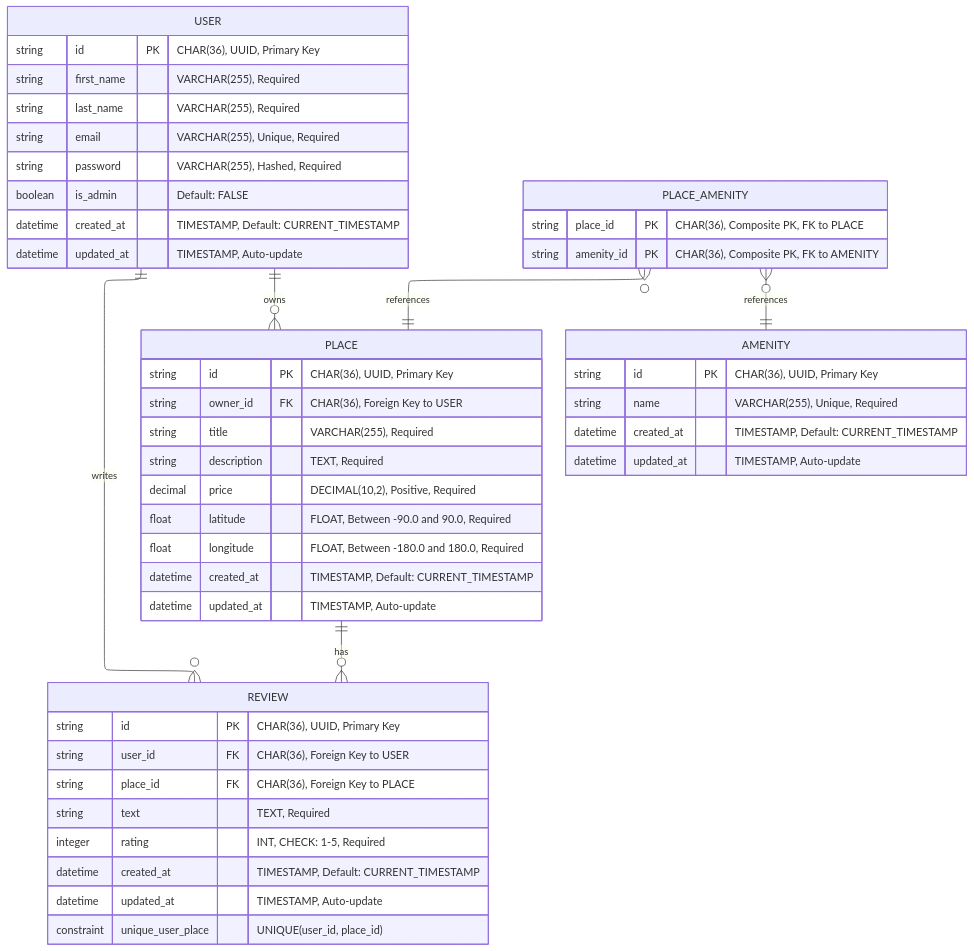
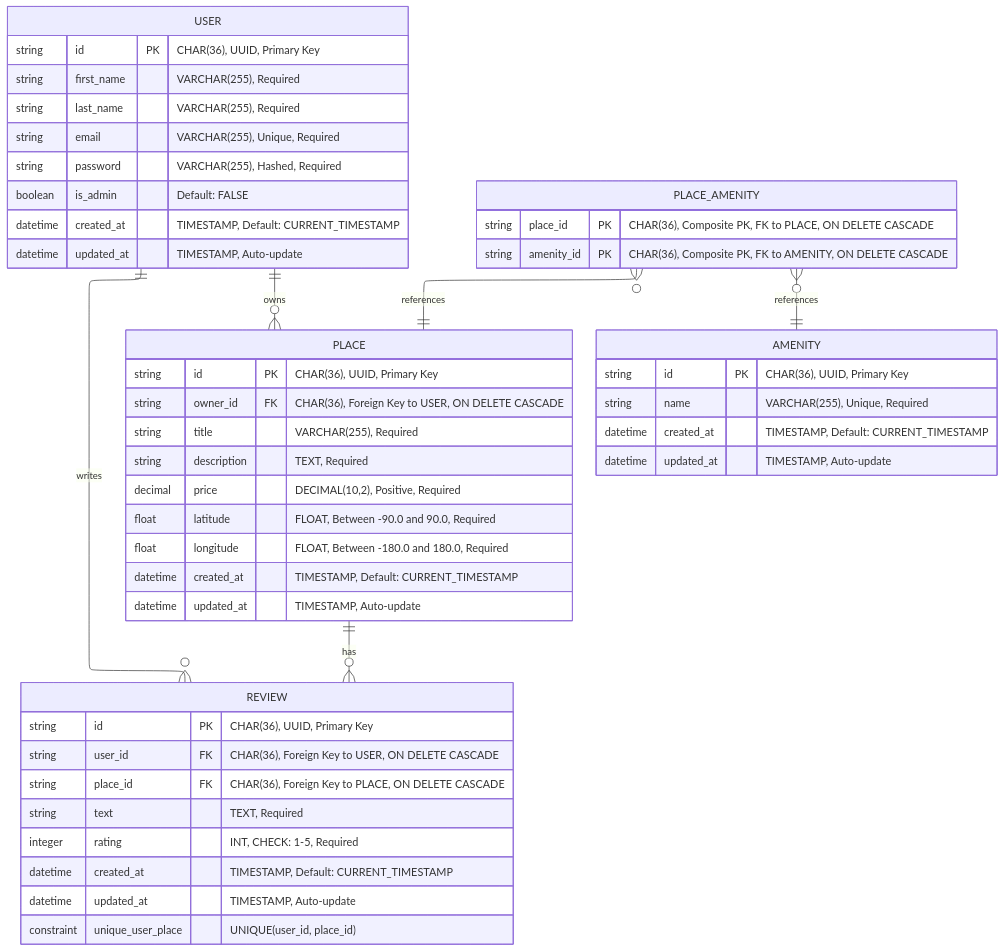
One commit to Krapaud/holbertonschool-hbnb changed the diagram in part3/hbnb/hbnb_database_er_diagram.mmd. Above: the diagram before and after it, drawn with Mermaid. The commit also changed 7 other files, not shown here.

Commit message:
feat: implement ON DELETE CASCADE for foreign key relationships in PlaceModel, ReviewModel, and UserModel; update ER diagram and SQL scripts accordingly

```diff
--- a/part3/hbnb/hbnb_database_er_diagram.mmd
+++ b/part3/hbnb/hbnb_database_er_diagram.mmd
@@ -1,56 +1,56 @@
 ---
 config:
   layout: elk
 ---
 erDiagram
     USER ||--o{ PLACE : owns
     USER ||--o{ REVIEW : writes
     PLACE ||--o{ REVIEW : has
     PLACE_AMENITY }o--|| PLACE : references
     PLACE_AMENITY }o--|| AMENITY : references
 
     USER {
         string id PK "CHAR(36), UUID, Primary Key"
         string first_name "VARCHAR(255), Required"
         string last_name "VARCHAR(255), Required"
         string email "VARCHAR(255), Unique, Required"
         string password "VARCHAR(255), Hashed, Required"
         boolean is_admin "Default: FALSE"
         datetime created_at "TIMESTAMP, Default: CURRENT_TIMESTAMP"
         datetime updated_at "TIMESTAMP, Auto-update"
     }
 
     PLACE {
         string id PK "CHAR(36), UUID, Primary Key"
-        string owner_id FK "CHAR(36), Foreign Key to USER"
+        string owner_id FK "CHAR(36), Foreign Key to USER, ON DELETE CASCADE"
         string title "VARCHAR(255), Required"
         string description "TEXT, Required"
         decimal price "DECIMAL(10,2), Positive, Required"
         float latitude "FLOAT, Between -90.0 and 90.0, Required"
         float longitude "FLOAT, Between -180.0 and 180.0, Required"
         datetime created_at "TIMESTAMP, Default: CURRENT_TIMESTAMP"
         datetime updated_at "TIMESTAMP, Auto-update"
     }
 
     REVIEW {
         string id PK "CHAR(36), UUID, Primary Key"
-        string user_id FK "CHAR(36), Foreign Key to USER"
-        string place_id FK "CHAR(36), Foreign Key to PLACE"
+        string user_id FK "CHAR(36), Foreign Key to USER, ON DELETE CASCADE"
+        string place_id FK "CHAR(36), Foreign Key to PLACE, ON DELETE CASCADE"
         string text "TEXT, Required"
         integer rating "INT, CHECK: 1-5, Required"
         datetime created_at "TIMESTAMP, Default: CURRENT_TIMESTAMP"
         datetime updated_at "TIMESTAMP, Auto-update"
         constraint unique_user_place "UNIQUE(user_id, place_id)"
     }
 
     AMENITY {
         string id PK "CHAR(36), UUID, Primary Key"
         string name "VARCHAR(255), Unique, Required"
         datetime created_at "TIMESTAMP, Default: CURRENT_TIMESTAMP"
         datetime updated_at "TIMESTAMP, Auto-update"
     }
 
     PLACE_AMENITY {
-        string place_id PK "CHAR(36), Composite PK, FK to PLACE"
-        string amenity_id PK "CHAR(36), Composite PK, FK to AMENITY"
+        string place_id PK "CHAR(36), Composite PK, FK to PLACE, ON DELETE CASCADE"
+        string amenity_id PK "CHAR(36), Composite PK, FK to AMENITY, ON DELETE CASCADE"
     }
```
